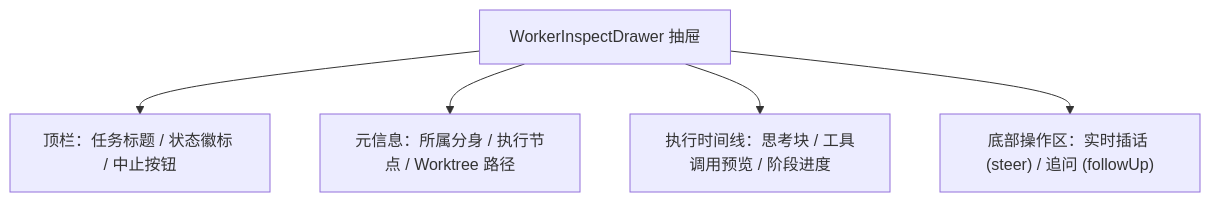
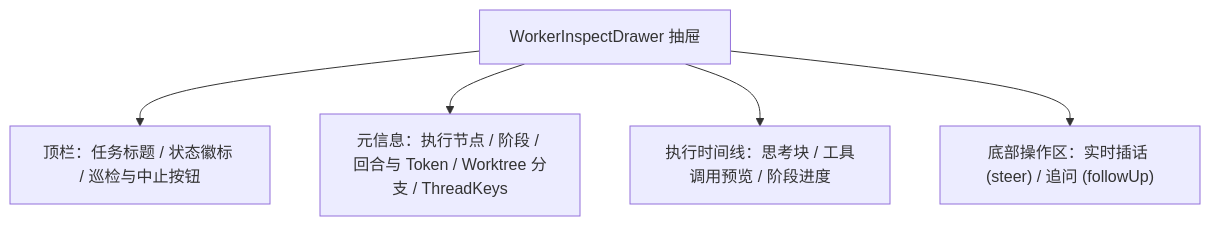
One commit to team4u/botd changed the third of 4 diagrams in docs/user-guide.md. Above: the diagram before and after it, drawn with Mermaid. The commit also changed other lines of this file and 21 other files, not shown here.

````diff
--- a/docs/user-guide.md
+++ b/docs/user-guide.md
@@ -145,8 +156,8 @@
 ```mermaid
 flowchart TD
     Drawer["WorkerInspectDrawer 抽屉"]
-    Drawer --> Top["顶栏：任务标题 / 状态徽标 / 中止按钮"]
-    Drawer --> Meta["元信息：所属分身 / 执行节点 / Worktree 路径"]
+    Drawer --> Top["顶栏：任务标题 / 状态徽标 / 巡检与中止按钮"]
+    Drawer --> Meta["元信息：执行节点 / 阶段 / 回合与 Token / Worktree 分支 / ThreadKeys"]
     Drawer --> Timeline["执行时间线：思考块 / 工具调用预览 / 阶段进度"]
     Drawer --> InputBox["底部操作区：实时插话 (steer) / 追问 (followUp)"]
 ```
````
